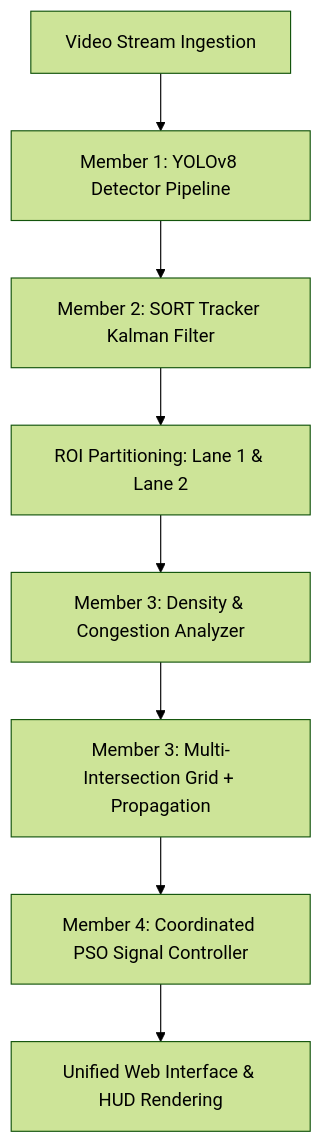
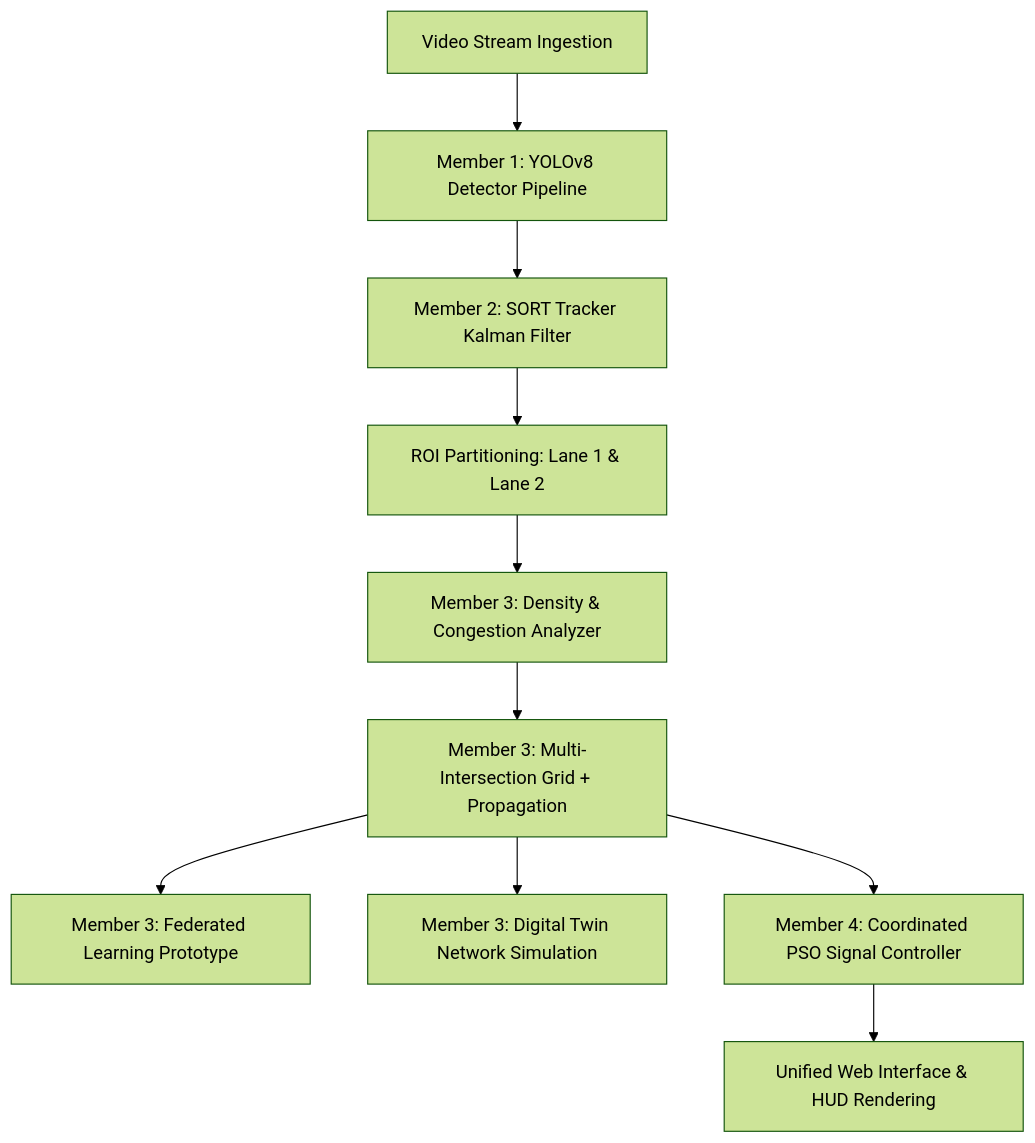
The diagram in README.md (anjanamoduvil/Hybrid-Swarm-Intelligence-and-Reinforcement-Learning-for-Adaptive-Urban-Traffic-Coordination), drawn with Mermaid (forest theme) before and after one commit. The commit also changed other lines of this file and 4 other files, not shown here.

````diff
--- a/README.md
+++ b/README.md
@@ -11,10 +11,12 @@
 ```mermaid
 graph TD
     A[Video Stream Ingestion] --> B[Member 1: YOLOv8 Detector Pipeline]
     B --> C[Member 2: SORT Tracker Kalman Filter]
     C --> D[ROI Partitioning: Lane 1 & Lane 2]
     D --> E[Member 3: Density & Congestion Analyzer]
     E --> E2[Member 3: Multi-Intersection Grid + Propagation]
+    E2 --> E3[Member 3: Federated Learning Prototype]
+    E2 --> E4[Member 3: Digital Twin Network Simulation]
     E2 --> F[Member 4: Coordinated PSO Signal Controller]
     F --> G[Unified Web Interface & HUD Rendering]
 ```
````
